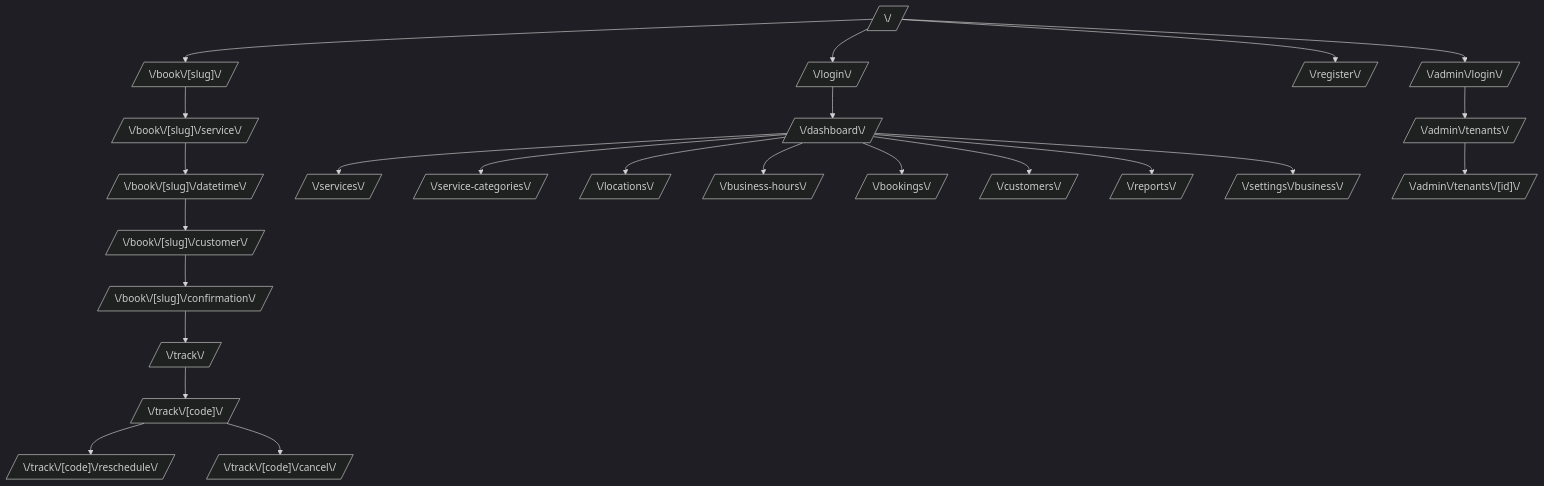
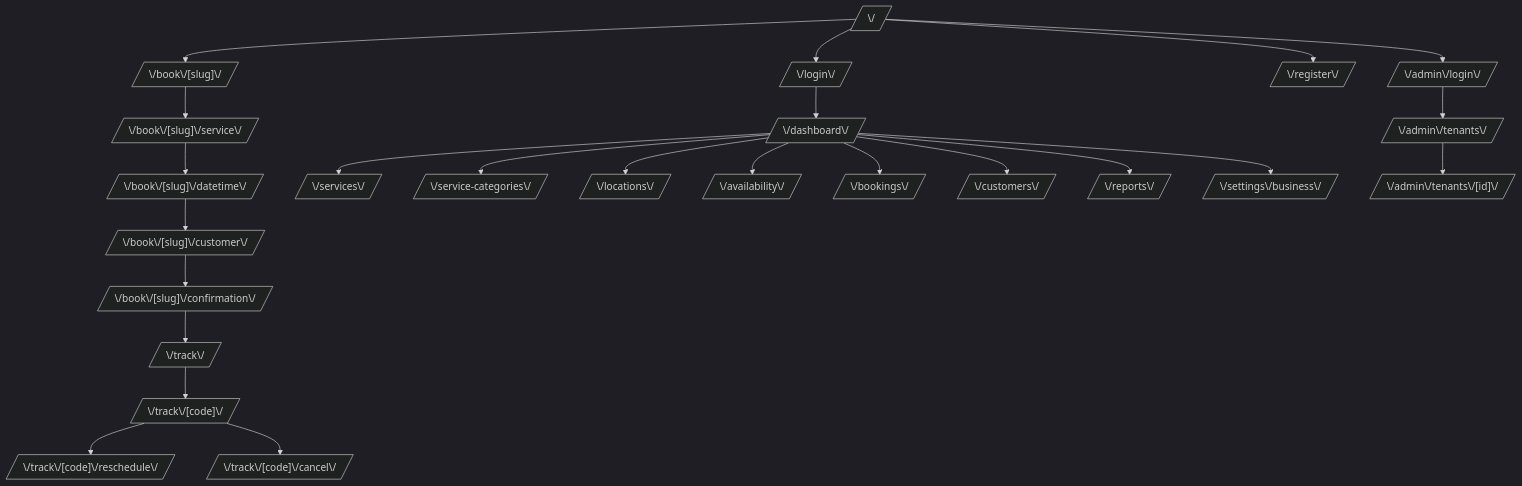
Before and after one commit to handelenriquezacuna/multiTenantBookingManager: the diagram in docs/frontend-map.md, drawn with Mermaid (dark theme). The commit also changed other lines of this file and 98 other files, not shown here.

````diff
--- a/docs/frontend-map.md
+++ b/docs/frontend-map.md
@@ -5,30 +5,30 @@
 ```mermaid
 flowchart TD
   A[/"\/"/] --> B[/"\/book\/[slug]\/"/]
   B --> C[/"\/book\/[slug]\/service\/"/]
   C --> D[/"\/book\/[slug]\/datetime\/"/]
   D --> E[/"\/book\/[slug]\/customer\/"/]
   E --> F[/"\/book\/[slug]\/confirmation\/"/]
 
   F --> Y[/"\/track\/"/]
   Y --> G[/"\/track\/[code]\/"/]
   G --> H[/"\/track\/[code]\/reschedule\/"/]
   G --> I[/"\/track\/[code]\/cancel\/"/]
 
   A --> J[/"\/login\/"/]
   A --> K[/"\/register\/"/]
 
   J --> L[/"\/dashboard\/"/]
   L --> M[/"\/services\/"/]
   L --> N[/"\/service-categories\/"/]
   L --> O[/"\/locations\/"/]
-  L --> P[/"\/business-hours\/"/]
+  L --> Q[/"\/availability\/"/]
   L --> R[/"\/bookings\/"/]
   L --> S[/"\/customers\/"/]
   L --> T[/"\/reports\/"/]
   L --> U[/"\/settings\/business\/"/]
 
   A --> V[/"\/admin\/login\/"/]
   V --> W[/"\/admin\/tenants\/"/]
   W --> X[/"\/admin\/tenants\/[id]\/"/]
 ```
````
